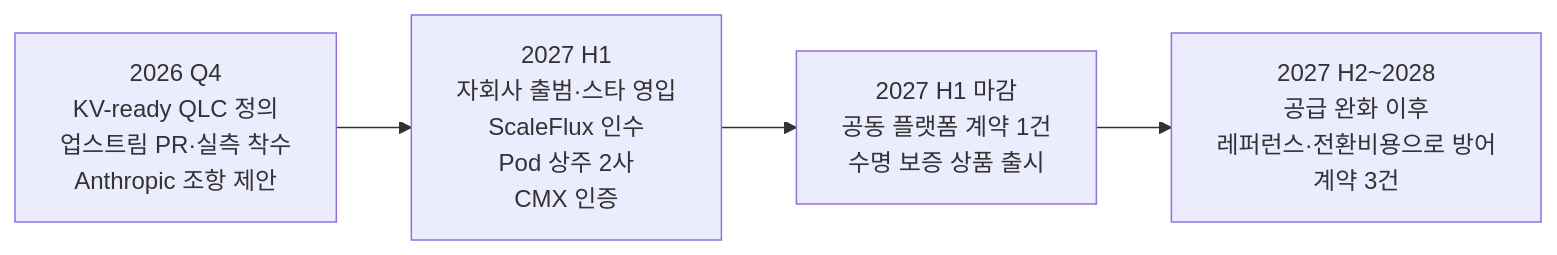
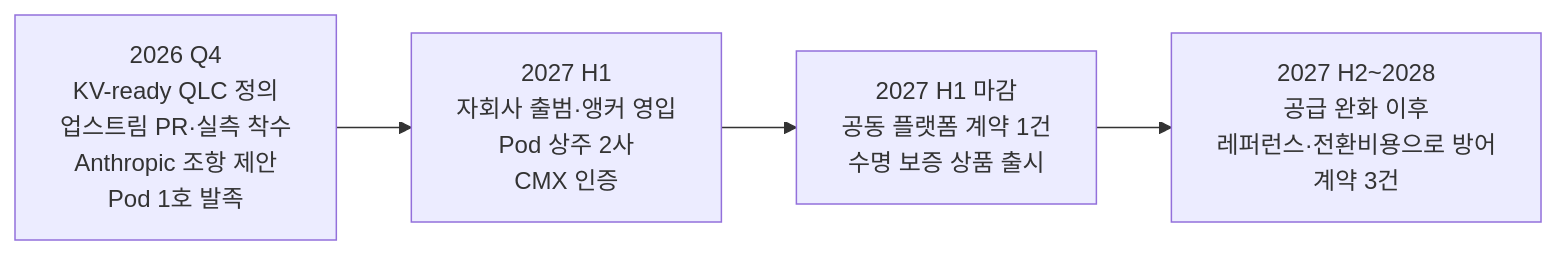
Before and after one commit to k31001/action-learning: the diagram in wiki/strategies/qlc-execution-strategy.md, drawn with Mermaid. The commit also changed other lines of this file and 6 other files, not shown here.

First line of the commit message:
QLC 덱 v2: 시각 중심 개편(Phase 스택 그림·교환 그림) + 실행 전략 재점검(ScaleFlux 인수 제외, 워크로드 공유·co-design 두 목표)

````diff
--- a/wiki/strategies/qlc-execution-strategy.md
+++ b/wiki/strategies/qlc-execution-strategy.md
@@ -157,6 +169,6 @@
 ```mermaid
 flowchart LR
-  A[2026 Q4<br/>KV-ready QLC 정의<br/>업스트림 PR·실측 착수<br/>Anthropic 조항 제안] --> B[2027 H1<br/>자회사 출범·스타 영입<br/>ScaleFlux 인수<br/>Pod 상주 2사<br/>CMX 인증]
+  A[2026 Q4<br/>KV-ready QLC 정의<br/>업스트림 PR·실측 착수<br/>Anthropic 조항 제안<br/>Pod 1호 발족] --> B[2027 H1<br/>자회사 출범·앵커 영입<br/>Pod 상주 2사<br/>CMX 인증]
   B --> C[2027 H1 마감<br/>공동 플랫폼 계약 1건<br/>수명 보증 상품 출시]
   C --> D[2027 H2~2028<br/>공급 완화 이후<br/>레퍼런스·전환비용으로 방어<br/>계약 3건]
 ```
````
